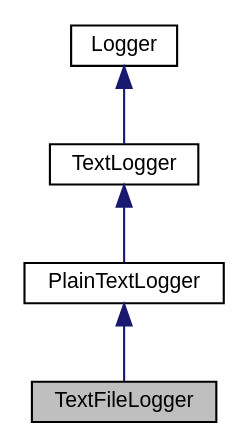
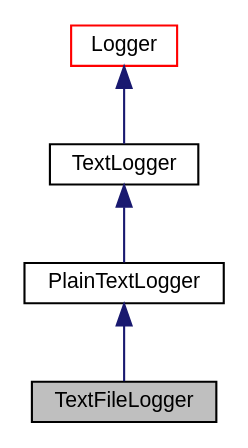
Before and after one commit to AlexWorx/ALox-Logging-Library: the diagram in cpp_ref/classaworx_1_1lox_1_1loggers_1_1TextFileLogger__inherit__graph.dot, drawn with Graphviz. The commit also changed 3197 other files, not shown here.

```diff
--- a/cpp_ref/classaworx_1_1lox_1_1loggers_1_1TextFileLogger__inherit__graph.dot
+++ b/cpp_ref/classaworx_1_1lox_1_1loggers_1_1TextFileLogger__inherit__graph.dot
@@ -1,12 +1,12 @@
 digraph "TextFileLogger"
 {
   edge [fontname="Helvetica",fontsize="10",labelfontname="Helvetica",labelfontsize="10"];
   node [fontname="Helvetica",fontsize="10",shape=record];
   Node1 [label="TextFileLogger",height=0.2,width=0.4,color="black", fillcolor="grey75", style="filled", fontcolor="black"];
   Node2 -> Node1 [dir="back",color="midnightblue",fontsize="10",style="solid",fontname="Helvetica"];
   Node2 [label="PlainTextLogger",height=0.2,width=0.4,color="black", fillcolor="white", style="filled",URL="$classaworx_1_1lox_1_1core_1_1textlogger_1_1PlainTextLogger.html"];
   Node3 -> Node2 [dir="back",color="midnightblue",fontsize="10",style="solid",fontname="Helvetica"];
   Node3 [label="TextLogger",height=0.2,width=0.4,color="black", fillcolor="white", style="filled",URL="$classaworx_1_1lox_1_1core_1_1textlogger_1_1TextLogger.html"];
   Node4 -> Node3 [dir="back",color="midnightblue",fontsize="10",style="solid",fontname="Helvetica"];
-  Node4 [label="Logger",height=0.2,width=0.4,color="black", fillcolor="white", style="filled",URL="$classaworx_1_1lox_1_1core_1_1Logger.html"];
+  Node4 [label="Logger",height=0.2,width=0.4,color="red", fillcolor="white", style="filled",URL="$classaworx_1_1lox_1_1core_1_1Logger.html"];
 }
```
